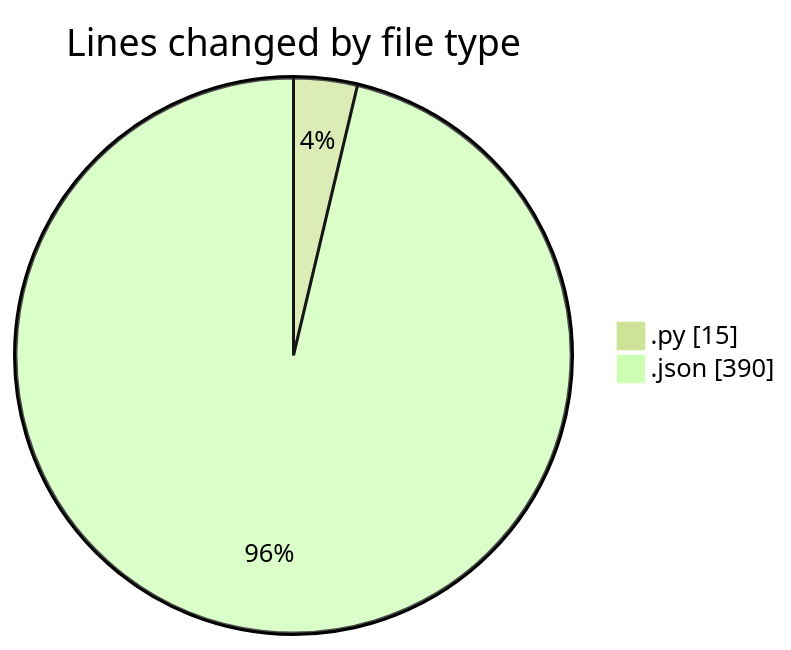
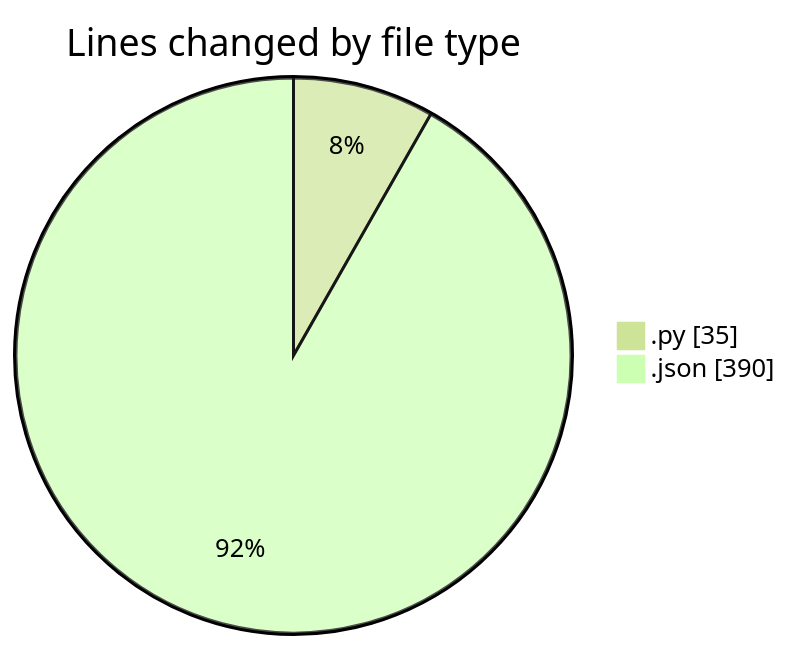
One commit to charlie-sans/code-tracking changed the first of 2 diagrams in 2025-05-03/uhigh-lang/README.md. Above: the diagram before and after it, drawn with Mermaid (forest theme). The commit also changed other lines of this file and 1 other file, not shown here.

````diff
--- a/2025-05-03/uhigh-lang/README.md
+++ b/2025-05-03/uhigh-lang/README.md
@@ -21,6 +21,6 @@
 ```mermaid
 pie showData
 title Lines changed by file type
-".py" : 15
+".py" : 35
 ".json" : 390
 ```
````
